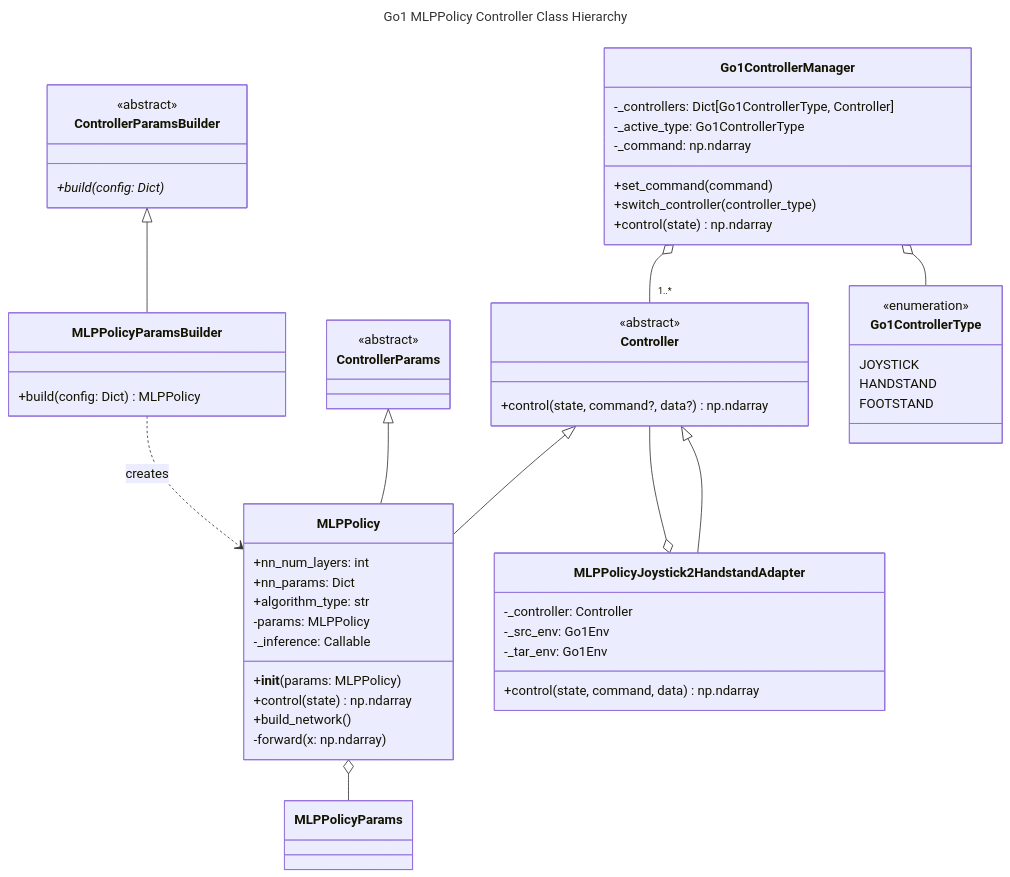
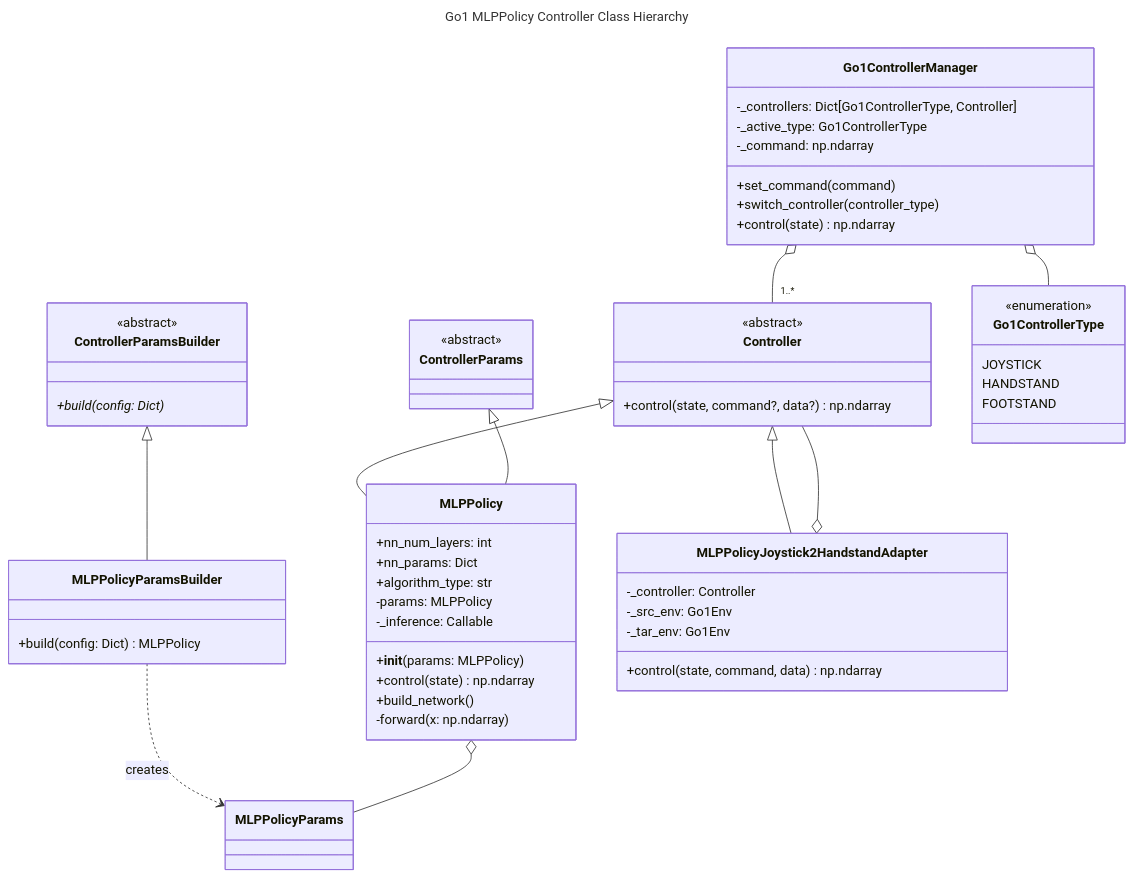
The diagram in examples/README.md (shaoanlu/llm_mjx_go1_playground), drawn with Mermaid before and after one commit. The commit also changed 3 other files, not shown here.

````diff
--- a/examples/README.md
+++ b/examples/README.md
@@ -18,71 +18,71 @@
 ```mermaid
 ---
 title: Go1 MLPPolicy Controller Class Hierarchy
 ---
 classDiagram
     class Controller {
         <<abstract>>
         +control(state, command?, data?) np.ndarray
     }
 
     class ControllerParams {
         <<abstract>>
     }
 
     class ControllerParamsBuilder {
         <<abstract>>
         +build(config: Dict)*
     }
 
     class MLPPolicy {
         +nn_num_layers: int
         +nn_params: Dict
         +algorithm_type: str
     }
 
     class MLPPolicyParamsBuilder {
         +build(config: Dict) MLPPolicy
     }
 
     class MLPPolicy {
         -params: MLPPolicy
         -_inference: Callable
         +__init__(params: MLPPolicy)
         +control(state) np.ndarray
         +build_network()
         -forward(x: np.ndarray)
     }
 
     class Go1ControllerType {
         <<enumeration>>
         JOYSTICK
         HANDSTAND
         FOOTSTAND
     }
 
     class MLPPolicyJoystick2HandstandAdapter {
         -_controller: Controller
         -_src_env: Go1Env
         -_tar_env: Go1Env
         +control(state, command, data) np.ndarray
     }
 
     class Go1ControllerManager {
         -_controllers: Dict[Go1ControllerType, Controller]
         -_active_type: Go1ControllerType
         -_command: np.ndarray
         +set_command(command)
         +switch_controller(controller_type)
         +control(state) np.ndarray
     }
 
     Controller <|-- MLPPolicyJoystick2HandstandAdapter
     Controller <|-- MLPPolicy
     MLPPolicyJoystick2HandstandAdapter o-- Controller
     Go1ControllerManager o-- "1..*" Controller
     Go1ControllerManager o-- Go1ControllerType
     ControllerParams <|-- MLPPolicy
     ControllerParamsBuilder <|-- MLPPolicyParamsBuilder
-    MLPPolicyParamsBuilder ..> MLPPolicy : creates
+    MLPPolicyParamsBuilder ..> MLPPolicyParams : creates
     MLPPolicy o-- MLPPolicyParams
 ```
````
